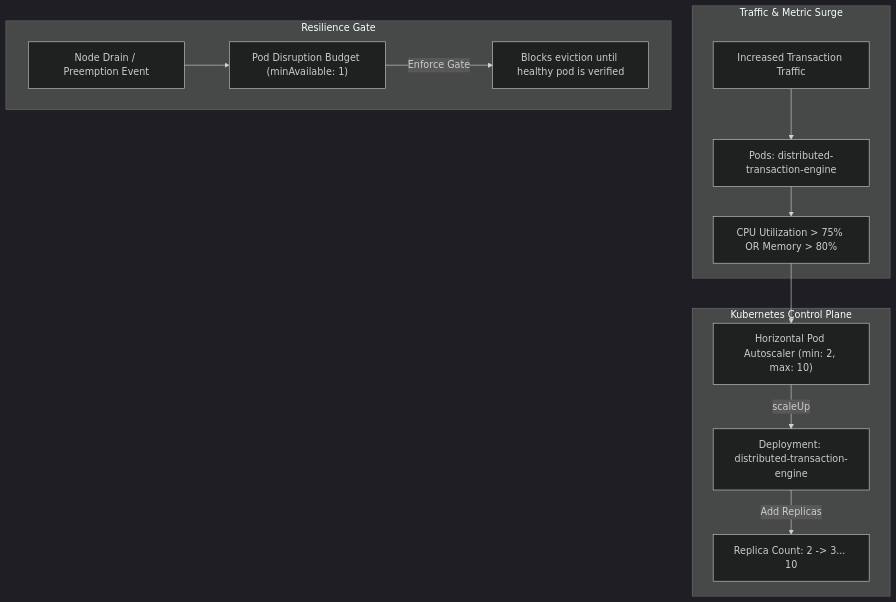
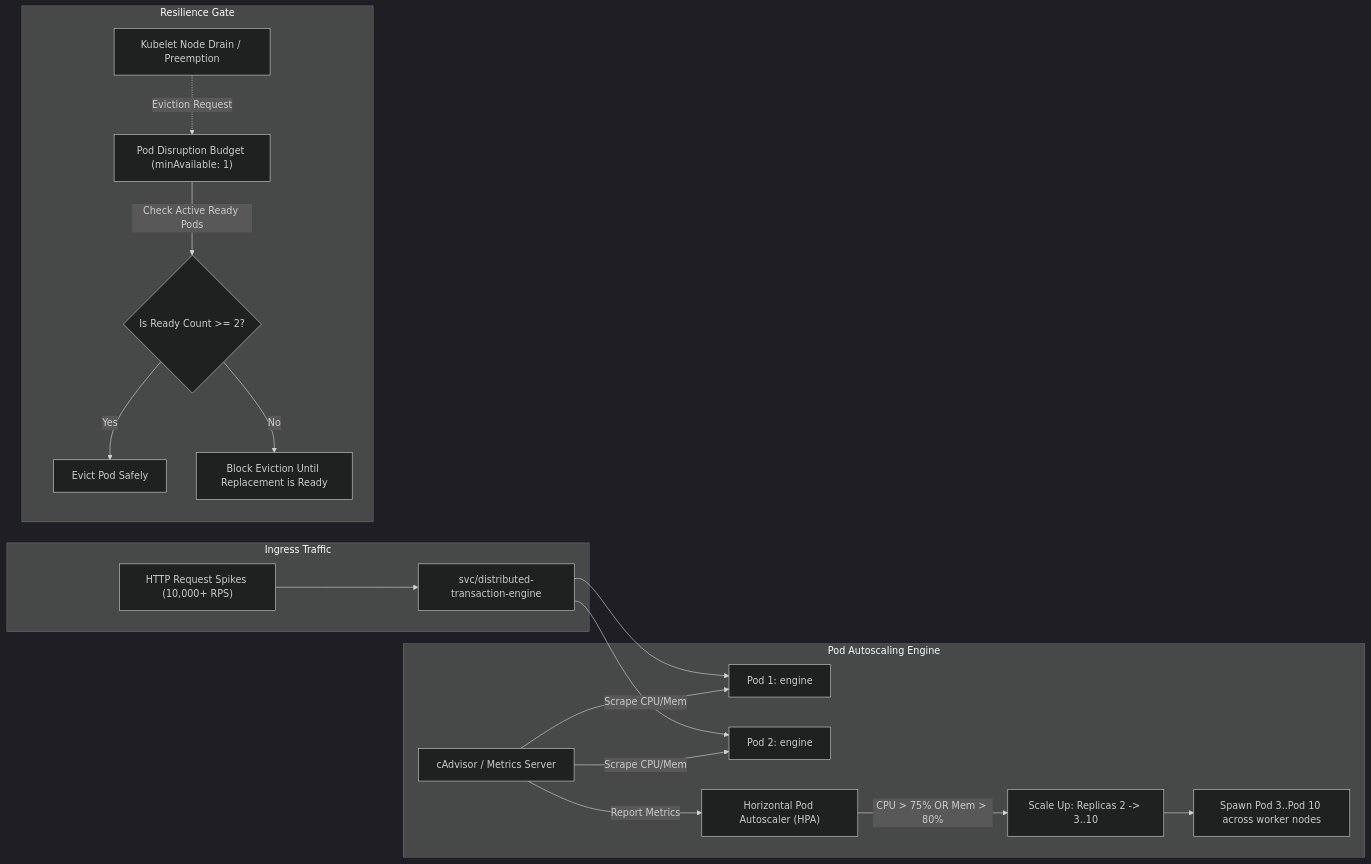
One commit to Chief-Strategist-J/distributed-transaction-engine changed the fourth of 4 diagrams in docs/features/kubernetes/diagrams.md. Above: the diagram before and after it, drawn with Mermaid (dark theme). The commit also changed other lines of this file and 1 other file, not shown here.

Commit message:
docs(k8s): add detailed sequence, network, relationship, and autoscaling diagrams with kubectl operational runbook

````diff
--- a/docs/features/kubernetes/diagrams.md
+++ b/docs/features/kubernetes/diagrams.md
@@ -64,19 +125,25 @@
 ```mermaid
-graph TD
-    subgraph Traffic & Metric Surge
-        Traffic["Increased Transaction Traffic"] --> Pods["Pods: distributed-transaction-engine"]
-        Pods --> Metric["CPU Utilization > 75% OR Memory > 80%"]
+graph LR
+    subgraph Ingress Traffic
+        Requests["HTTP Request Spikes (10,000+ RPS)"] --> Svc["svc/distributed-transaction-engine"]
     end
 
-    subgraph Kubernetes Control Plane
-        Metric --> HPA["Horizontal Pod Autoscaler (min: 2, max: 10)"]
-        HPA -->|scaleUp| Deploy["Deployment: distributed-transaction-engine"]
-        Deploy -->|Add Replicas| ScaleOut["Replica Count: 2 -> 3... 10"]
+    subgraph Pod Autoscaling Engine
+        Svc --> Pod1["Pod 1: engine"]
+        Svc --> Pod2["Pod 2: engine"]
+        
+        MetricCollector["cAdvisor / Metrics Server"] -->|Scrape CPU/Mem| Pod1 & Pod2
+        MetricCollector -->|Report Metrics| HPA["Horizontal Pod Autoscaler (HPA)"]
+        
+        HPA -->|CPU > 75% OR Mem > 80%| ScaleAction["Scale Up: Replicas 2 -> 3..10"]
+        ScaleAction --> NewPods["Spawn Pod 3..Pod 10 across worker nodes"]
     end
 
     subgraph Resilience Gate
         PDB["Pod Disruption Budget (minAvailable: 1)"]
-        NodeDrain["Node Drain / Preemption Event"] --> PDB
-        PDB -->|Enforce Gate| Block["Blocks eviction until healthy pod is verified"]
+        NodeMaintenance["Kubelet Node Drain / Preemption"] -.->|Eviction Request| PDB
+        PDB -->|Check Active Ready Pods| GateCheck{"Is Ready Count >= 2?"}
+        GateCheck -->|Yes| AllowEvict["Evict Pod Safely"]
+        GateCheck -->|No| RejectEvict["Block Eviction Until Replacement is Ready"]
     end
 ```
````
